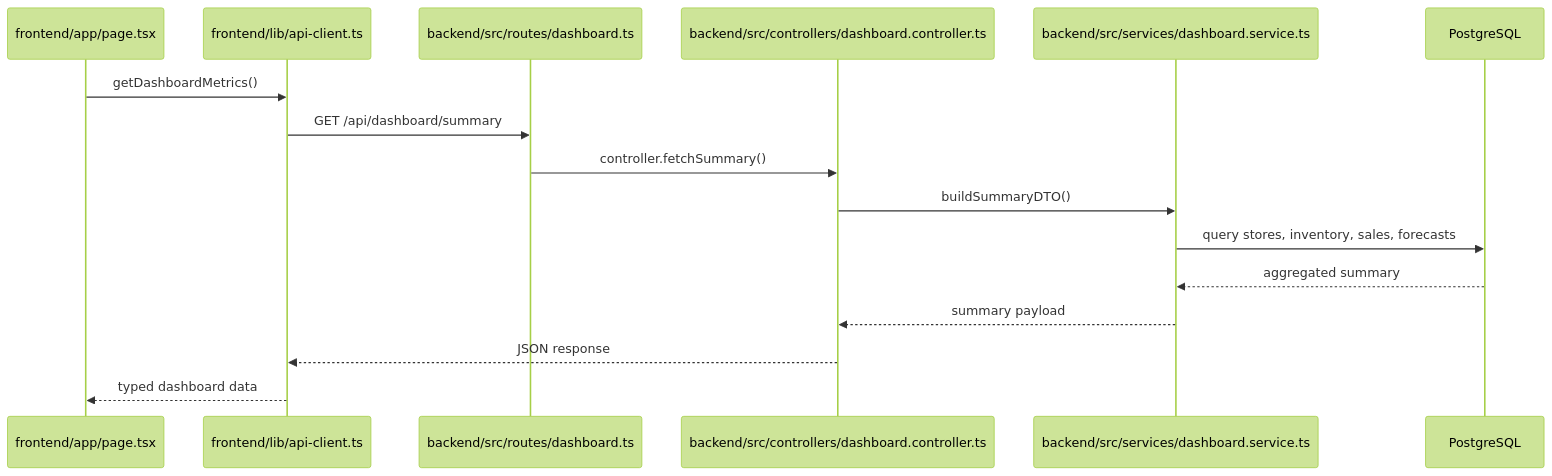
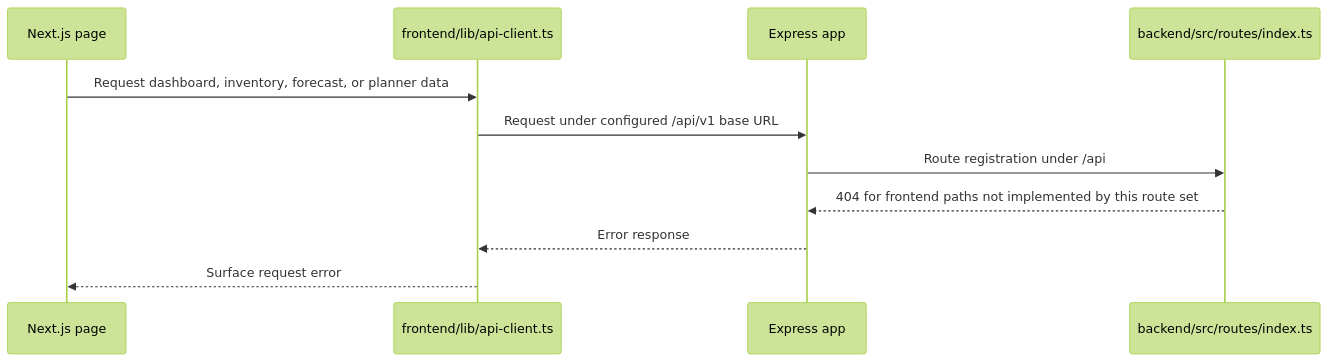
Before and after one commit to A-Sai-Suraj/Zero-Waste-Grocery-An-Agentic-AI-Approach-to-Perishable-Demand-Shelf-Life-Management: the second of 3 diagrams in docs/architecture.md, drawn with Mermaid (forest theme). The commit also changed other lines of this file and 4 other files, not shown here.

````diff
--- a/docs/architecture.md
+++ b/docs/architecture.md
@@ -24,19 +26,14 @@
 ```mermaid
 sequenceDiagram
-    participant UI as frontend/app/page.tsx
-    participant APIClient as frontend/lib/api-client.ts
-    participant Route as backend/src/routes/dashboard.ts
-    participant Controller as backend/src/controllers/dashboard.controller.ts
-    participant Service as backend/src/services/dashboard.service.ts
-    participant DB as PostgreSQL
+    participant UI as Next.js page
+    participant Client as frontend/lib/api-client.ts
+    participant Express as Express app
+    participant Routes as backend/src/routes/index.ts
 
-    UI->>APIClient: getDashboardMetrics()
-    APIClient->>Route: GET /api/dashboard/summary
-    Route->>Controller: controller.fetchSummary()
-    Controller->>Service: buildSummaryDTO()
-    Service->>DB: query stores, inventory, sales, forecasts
-    DB-->>Service: aggregated summary
-    Service-->>Controller: summary payload
-    Controller-->>APIClient: JSON response
-    APIClient-->>UI: typed dashboard data
+    UI->>Client: Request dashboard, inventory, forecast, or planner data
+    Client->>Express: Request under configured /api/v1 base URL
+    Express->>Routes: Route registration under /api
+    Routes-->>Express: 404 for frontend paths not implemented by this route set
+    Express-->>Client: Error response
+    Client-->>UI: Surface request error
 ```
````
